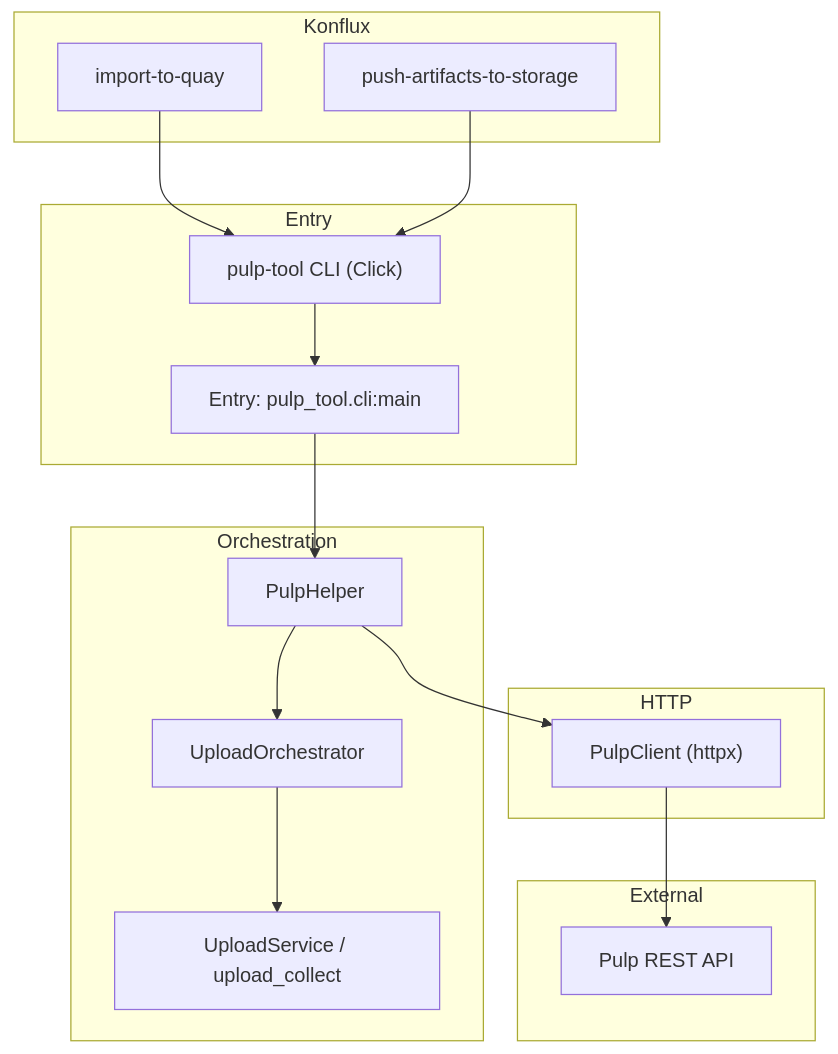
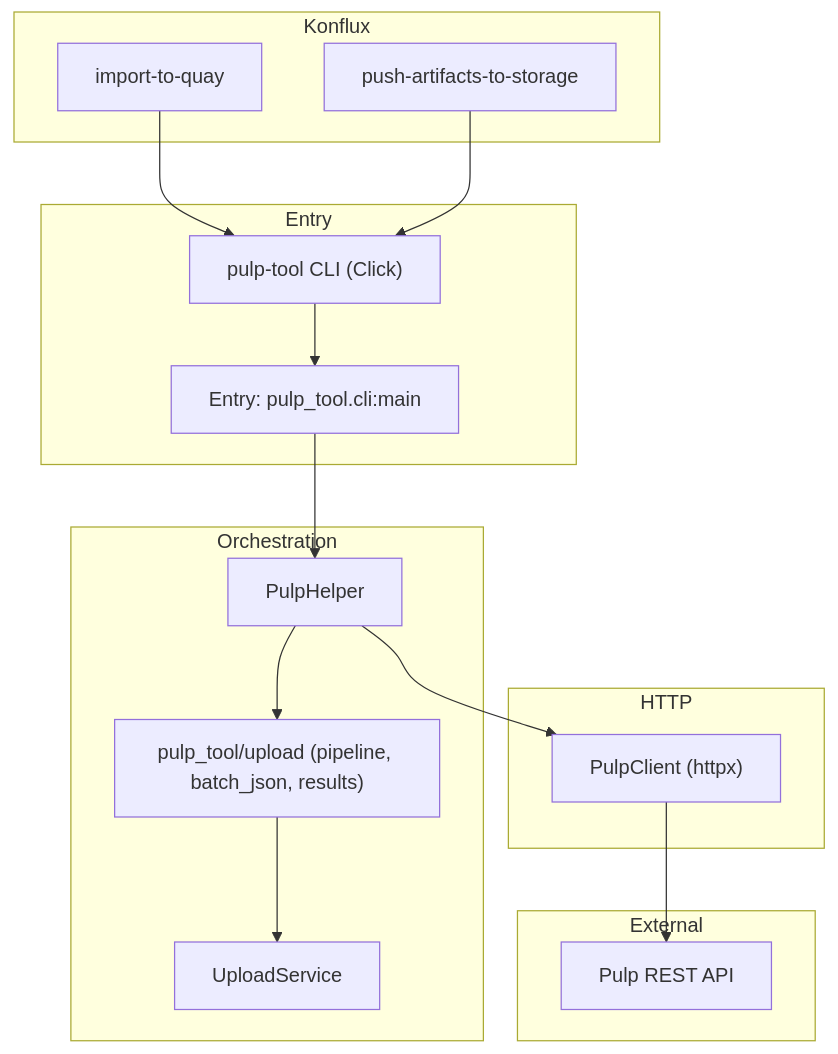
One commit to konflux-ci/pulp-tool changed the diagram in docs/ARCHITECTURE.md. Above: the diagram before and after it, drawn with Mermaid. The commit also changed other lines of this file and 59 other files, not shown here.

First line of the commit message:
refactor(upload): consolidate upload domain under pulp_tool/upload

````diff
--- a/docs/ARCHITECTURE.md
+++ b/docs/ARCHITECTURE.md
@@ -39,28 +39,28 @@
 ```mermaid
 flowchart TB
   subgraph s1["Entry"]
     CLI["pulp-tool CLI (Click)"]
     EP["Entry: pulp_tool.cli:main"]
   end
   subgraph s2["Orchestration"]
     PH["PulpHelper"]
-    UO["UploadOrchestrator"]
-    US["UploadService / upload_collect"]
+    UP["pulp_tool/upload (pipeline, batch_json, results)"]
+    US["UploadService"]
   end
   subgraph s3["HTTP"]
     PC["PulpClient (httpx)"]
   end
   subgraph s4["External"]
     PulpAPI["Pulp REST API"]
   end
   subgraph s5["Konflux"]
     T1["import-to-quay"]
     T2["push-artifacts-to-storage"]
   end
   CLI --> EP --> PH
-  PH --> UO
-  UO --> US
+  PH --> UP
+  UP --> US
   PH --> PC --> PulpAPI
   T1 --> CLI
   T2 --> CLI
 ```
````
